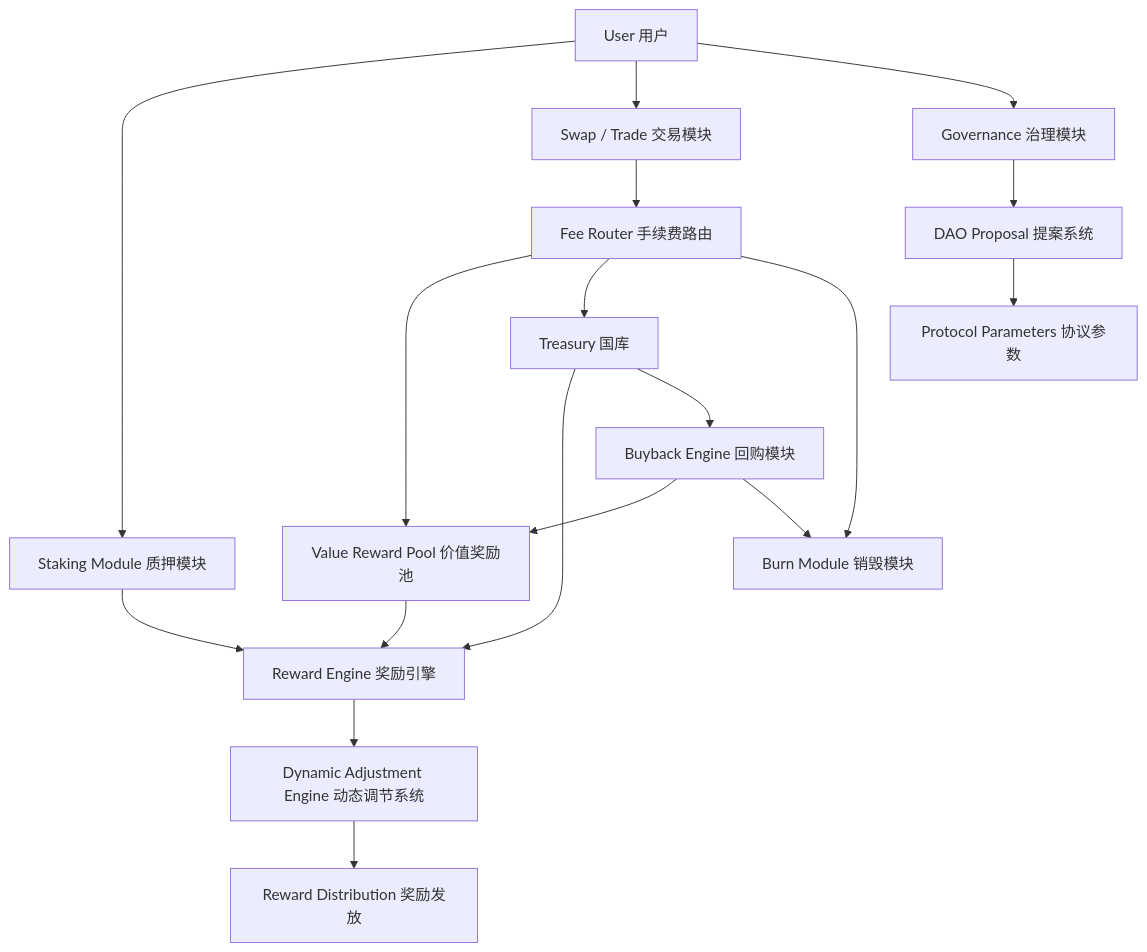
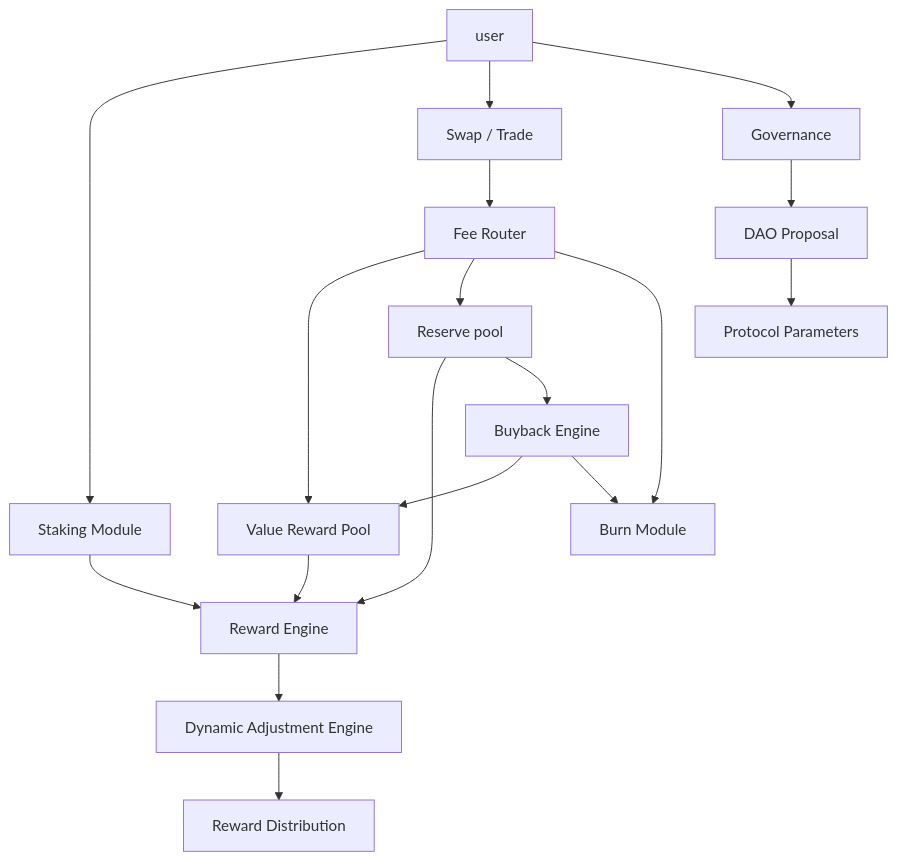
The first of 3 diagrams in README.md (TrueDAOAI/TrueDAO), drawn with Mermaid before and after one commit. The commit also changed other lines of this file, not shown here.

````diff
--- a/README.md
+++ b/README.md
@@ -48,25 +48,25 @@
 ```mermaid
 flowchart TD
-    A[User 用户] --> B[Staking Module 质押模块]
-    A --> C[Swap / Trade 交易模块]
-    A --> D[Governance 治理模块]
+    A[user] --> B[Staking Module]
+    A --> C[Swap / Trade ]
+    A --> D[Governance ]
 
-    C --> E[Fee Router 手续费路由]
-    E --> F[Value Reward Pool 价值奖励池]
-    E --> G[Treasury 国库]
-    E --> H[Burn Module 销毁模块]
+    C --> E[Fee Router]
+    E --> F[Value Reward Pool ]
+    E --> G[Reserve pool]
+    E --> H[Burn Module]
 
-    B --> I[Reward Engine 奖励引擎]
+    B --> I[Reward Engine]
     F --> I
     G --> I
 
-    I --> J[Dynamic Adjustment Engine 动态调节系统]
-    J --> K[Reward Distribution 奖励发放]
+    I --> J[Dynamic Adjustment Engine]
+    J --> K[Reward Distribution]
 
-    D --> L[DAO Proposal 提案系统]
-    L --> M[Protocol Parameters 协议参数]
+    D --> L[DAO Proposal]
+    L --> M[Protocol Parameters]
 
-    G --> N[Buyback Engine 回购模块]
+    G --> N[Buyback Engine]
     N --> F
     N --> H
 ```
````
